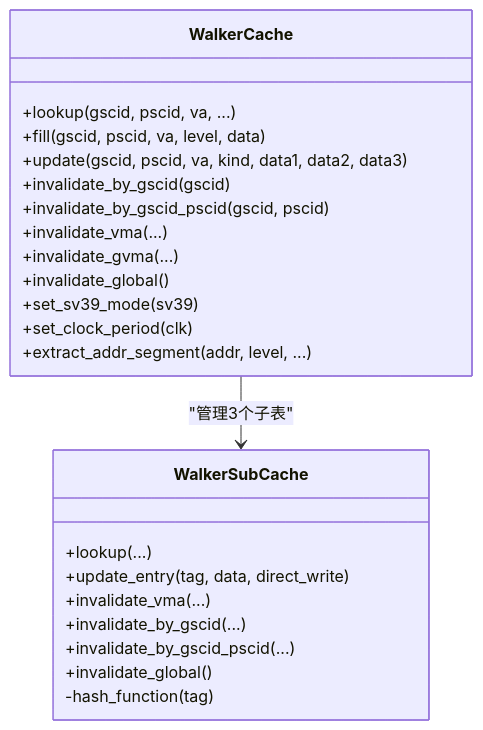
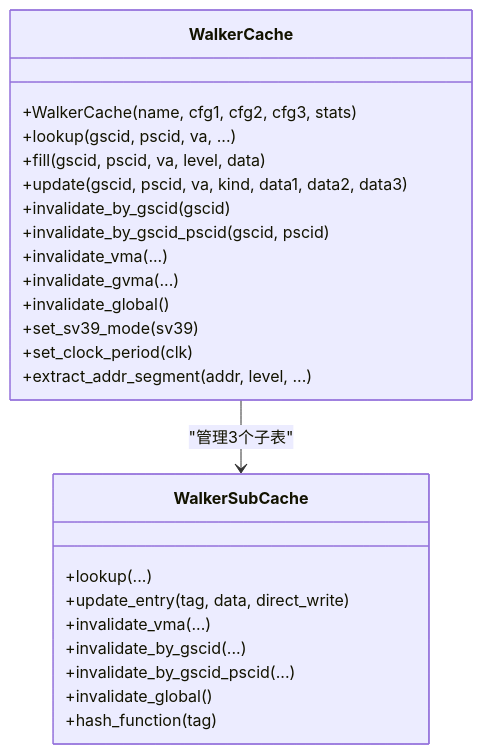
One commit to jiangjiang1122/iommu_model_20260401_v1 changed the third of 7 diagrams in .qoder/repowiki/zh/content/缓存系统架构/页表遍历缓存(Walker Cache).md. Above: the diagram before and after it, drawn with Mermaid. The commit also changed other lines of this file and 48 other files, not shown here.

````diff
--- a/.qoder/repowiki/zh/content/缓存系统架构/页表遍历缓存(Walker Cache).md
+++ b/.qoder/repowiki/zh/content/缓存系统架构/页表遍历缓存(Walker Cache).md
@@ -147,26 +142,27 @@
 ```mermaid
 classDiagram
 class WalkerCache {
++WalkerCache(name, cfg1, cfg2, cfg3, stats)
 +lookup(gscid, pscid, va, ...)
 +fill(gscid, pscid, va, level, data)
 +update(gscid, pscid, va, kind, data1, data2, data3)
 +invalidate_by_gscid(gscid)
 +invalidate_by_gscid_pscid(gscid, pscid)
 +invalidate_vma(...)
 +invalidate_gvma(...)
 +invalidate_global()
 +set_sv39_mode(sv39)
 +set_clock_period(clk)
 +extract_addr_segment(addr, level, ...)
 }
 class WalkerSubCache {
 +lookup(...)
 +update_entry(tag, data, direct_write)
 +invalidate_vma(...)
 +invalidate_by_gscid(...)
 +invalidate_by_gscid_pscid(...)
 +invalidate_global()
--hash_function(tag)
++hash_function(tag)
 }
 WalkerCache --> WalkerSubCache : "管理3个子表"
 ```
````
